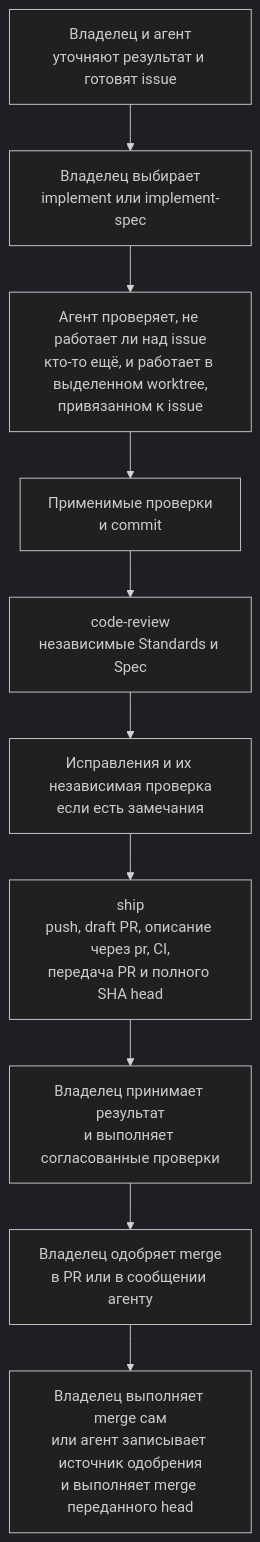
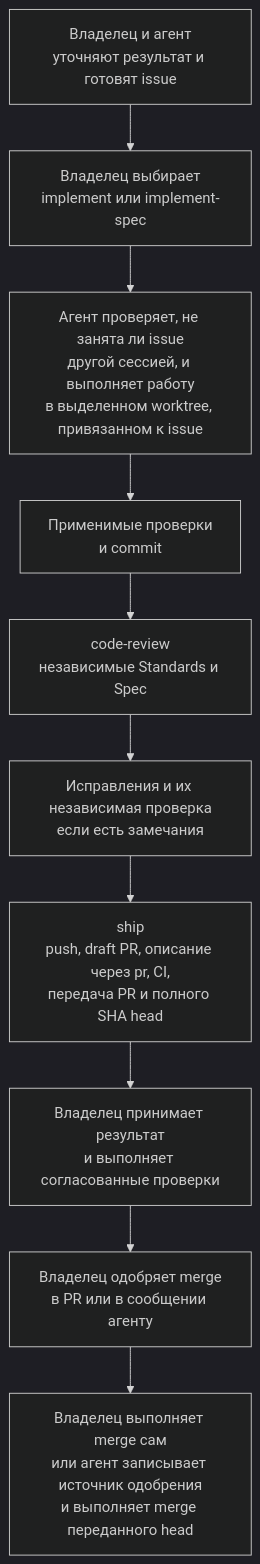
Before and after one commit to KirillSachkov/ai-first-platform: the first of 3 diagrams in docs/development-flow.md, drawn with Mermaid (dark theme). The commit also changed other lines of this file and 3 other files, not shown here.

````diff
--- a/docs/development-flow.md
+++ b/docs/development-flow.md
@@ -11,12 +11,12 @@
 ```mermaid
 flowchart TD
     A["Владелец и агент<br/>уточняют результат и готовят issue"] --> B["Владелец выбирает<br/>implement или implement-spec"]
-    B --> C["Агент проверяет, не работает ли над issue<br/>кто-то ещё, и работает в выделенном worktree,<br/>привязанном к issue"]
+    B --> C["Агент проверяет, не занята ли issue<br/>другой сессией, и выполняет работу<br/>в выделенном worktree, привязанном к issue"]
     C --> D["Применимые проверки<br/>и commit"]
     D --> E["code-review<br/>независимые Standards и Spec"]
     E --> F["Исправления и их независимая проверка<br/>если есть замечания"]
     F --> G["ship<br/>push, draft PR, описание через pr, CI,<br/>передача PR и полного SHA head"]
     G --> H["Владелец принимает результат<br/>и выполняет согласованные проверки"]
     H --> I["Владелец одобряет merge<br/>в PR или в сообщении агенту"]
     I --> J["Владелец выполняет merge сам<br/>или агент записывает источник одобрения<br/>и выполняет merge переданного head"]
 ```
````
